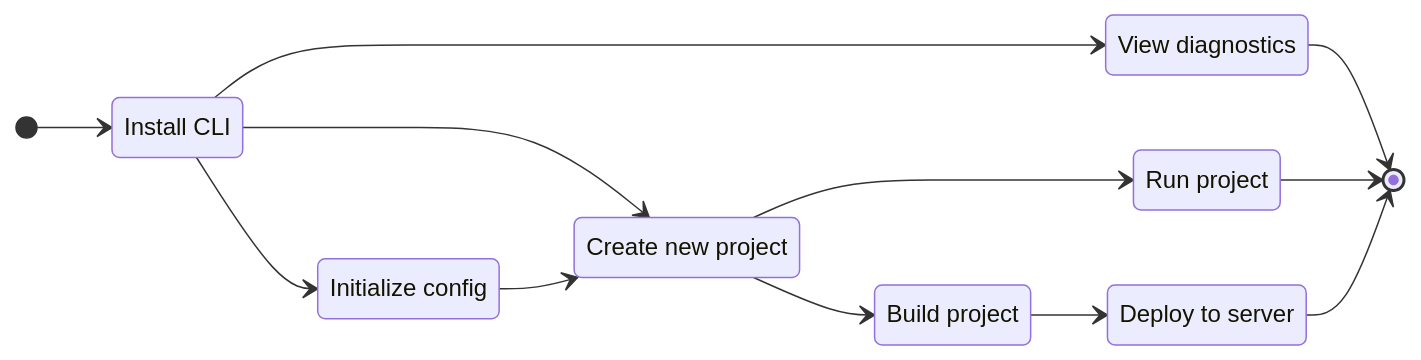
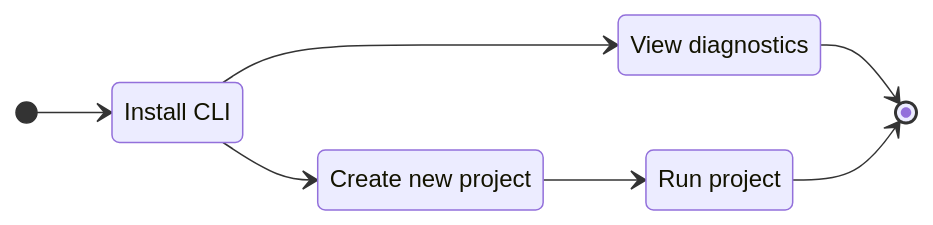
The diagram in docs/getting-started.md (gowebly/docs), drawn with Mermaid before and after one commit. The commit also changed other lines of this file and 17 other files, not shown here.

````diff
--- a/docs/getting-started.md
+++ b/docs/getting-started.md
@@ -18,22 +18,14 @@
 ```mermaid
 stateDiagram-v2
     direction LR
         Install: Install CLI
-        Init: Initialize config
         Doctor: View diagnostics
         Create: Create new project
         Run: Run project
-        Build: Build project
-        Deploy: Deploy to server
         [*] --> Install
-        Install --> Init
         Install --> Create
         Install --> Doctor
         Doctor --> [*]
-        Init --> Create
         Create --> Run
         Run --> [*]
-        Create --> Build
-        Build --> Deploy
-        Deploy --> [*]
 ```
````
